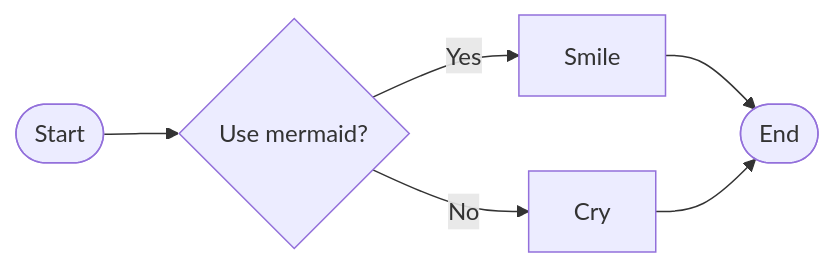
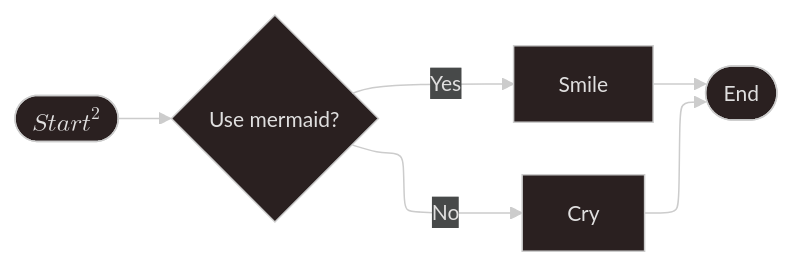
One commit to kf-martins-uel/algoritmos-atividade1 changed the diagram in README.md. Above: the diagram before and after it, drawn with Mermaid. The commit also changed 1 other file, not shown here.

Commit message:
parte-2 finished

````diff
--- a/README.md
+++ b/README.md
@@ -11,8 +11,14 @@
 ```mermaid
+---
+config:
+  theme: neo-dark
+  layout: elk  
+---
 flowchart LR
-  A([Start]) --> B{Use mermaid?}
+
+  A(["$$Start^2$$"]) --> B{Use mermaid?}
   B -->|Yes| C[Smile]
   B -->|No| D[Cry]
   C --> E([End])
   D --> E
 ```    
````
